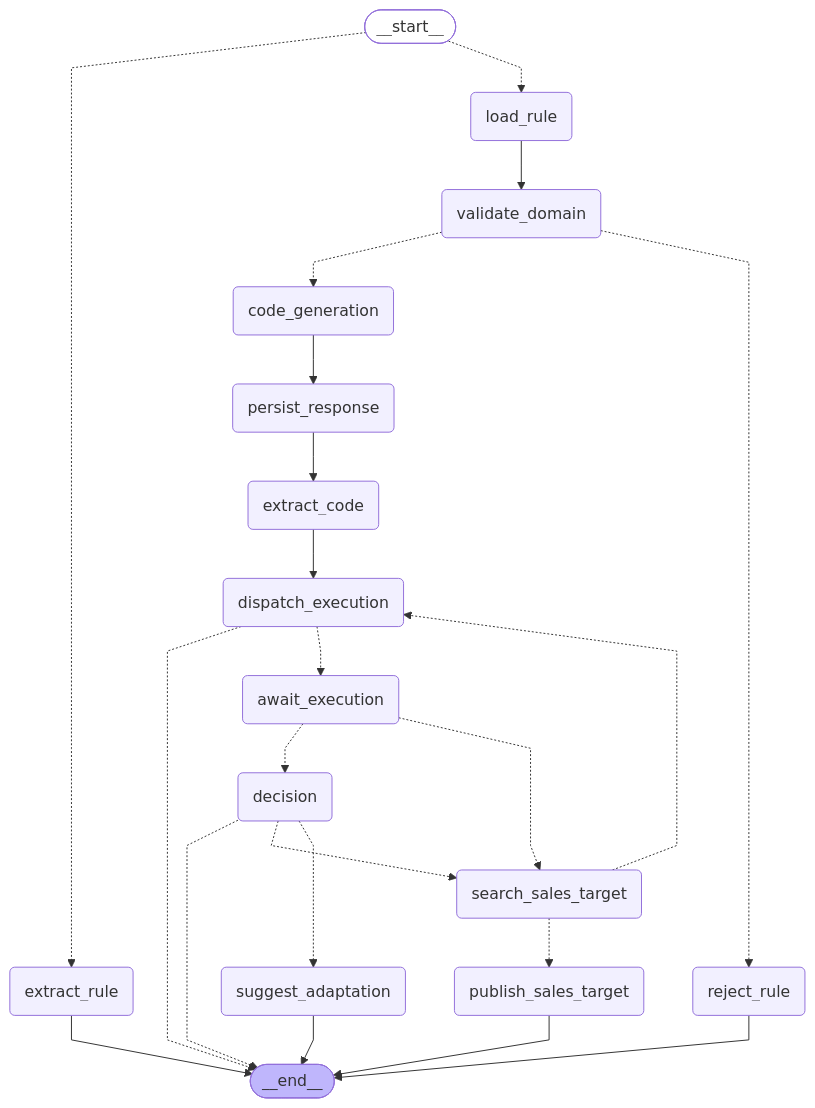
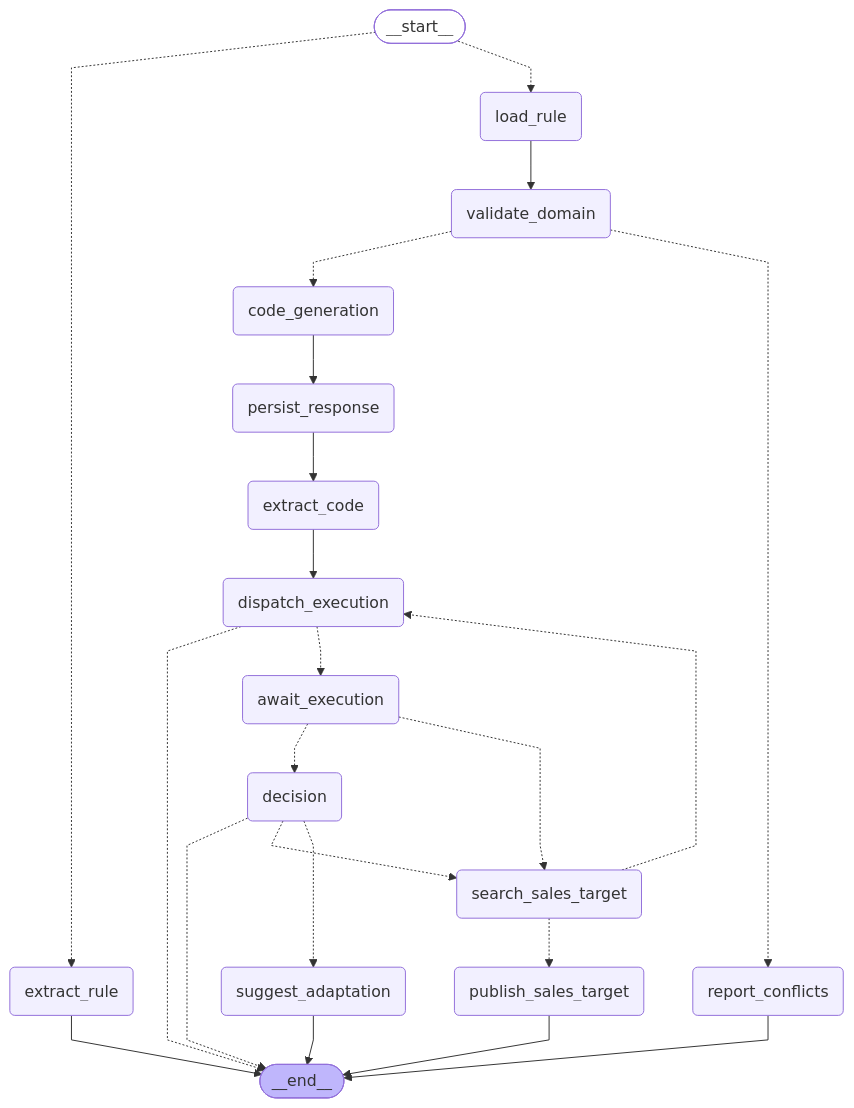
Before and after one commit to Titus-System/synapse: the diagram in codegen/docs/graph.md, drawn with Mermaid. The commit also changed 12 other files, not shown here.

````diff
--- a/codegen/docs/graph.md
+++ b/codegen/docs/graph.md
@@ -5,47 +5,47 @@
 ```mermaid
 ---
 config:
   flowchart:
     curve: linear
 ---
 graph TD;
 	__start__([<p>__start__</p>]):::first
 	load_rule(load_rule)
 	extract_rule(extract_rule)
 	validate_domain(validate_domain)
-	reject_rule(reject_rule)
+	report_conflicts(report_conflicts)
 	code_generation(code_generation)
 	persist_response(persist_response)
 	extract_code(extract_code)
 	dispatch_execution(dispatch_execution)
 	await_execution(await_execution)
 	decision(decision)
 	suggest_adaptation(suggest_adaptation)
 	search_sales_target(search_sales_target)
 	publish_sales_target(publish_sales_target)
 	__end__([<p>__end__</p>]):::last
 	__start__ -.-> extract_rule;
 	__start__ -.-> load_rule;
 	await_execution -.-> decision;
 	await_execution -.-> search_sales_target;
 	code_generation --> persist_response;
 	decision -.-> __end__;
 	decision -.-> search_sales_target;
 	decision -.-> suggest_adaptation;
 	dispatch_execution -.-> __end__;
 	dispatch_execution -.-> await_execution;
 	extract_code --> dispatch_execution;
 	load_rule --> validate_domain;
 	persist_response --> extract_code;
 	search_sales_target -.-> dispatch_execution;
 	search_sales_target -.-> publish_sales_target;
 	validate_domain -.-> code_generation;
-	validate_domain -.-> reject_rule;
+	validate_domain -.-> report_conflicts;
 	extract_rule --> __end__;
 	publish_sales_target --> __end__;
-	reject_rule --> __end__;
+	report_conflicts --> __end__;
 	suggest_adaptation --> __end__;
 	classDef default fill:#f2f0ff,line-height:1.2
 	classDef first fill-opacity:0
 	classDef last fill:#bfb6fc
 ```
````
